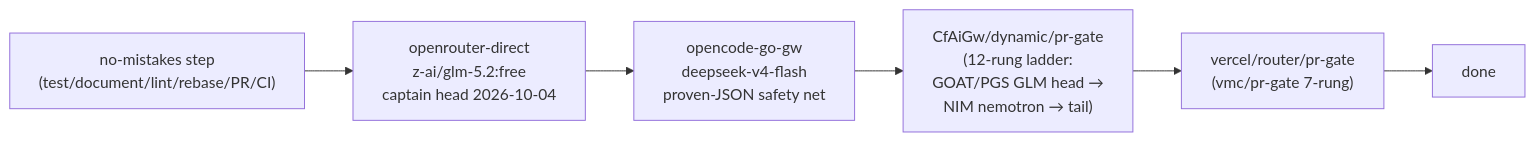
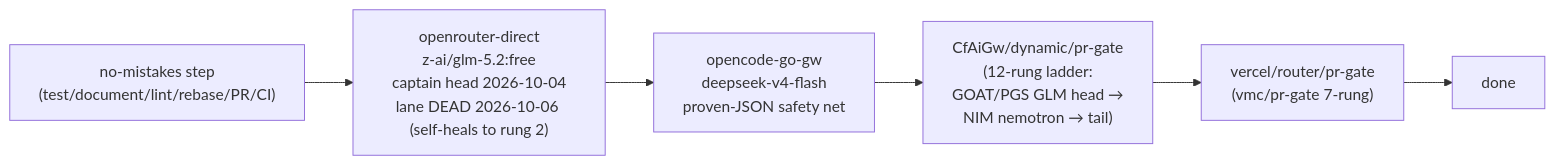
One commit to phillias/dotfiles changed the first of 3 diagrams in dot_agents/skills/provider-catalog/references/d1/NO_MISTAKES_MODELS.md. Above: the diagram before and after it, drawn with Mermaid. The commit also changed other lines of this file and 3 other files, not shown here.

First line of the commit message:
fix(routing): openrouter z-ai/glm-5.2:free lane died upstream — pull dead head

````diff
--- a/dot_agents/skills/provider-catalog/references/d1/NO_MISTAKES_MODELS.md
+++ b/dot_agents/skills/provider-catalog/references/d1/NO_MISTAKES_MODELS.md
@@ -35,4 +35,4 @@
 ```mermaid
 flowchart LR
-    step["no-mistakes step<br/>(test/document/lint/rebase/PR/CI)"] --> c1["openrouter-direct<br/>z-ai/glm-5.2:free<br/>captain head 2026-10-04"] --> c2["opencode-go-gw<br/>deepseek-v4-flash<br/>proven-JSON safety net"] --> c3["CfAiGw/dynamic/pr-gate<br/>(12-rung ladder:<br/>GOAT/PGS GLM head →<br/>NIM nemotron → tail)"] --> c4["vercel/router/pr-gate<br/>(vmc/pr-gate 7-rung)"] --> done[done]
+    step["no-mistakes step<br/>(test/document/lint/rebase/PR/CI)"] --> c1["openrouter-direct<br/>z-ai/glm-5.2:free<br/>captain head 2026-10-04<br/>lane DEAD 2026-10-06 (self-heals to rung 2)"] --> c2["opencode-go-gw<br/>deepseek-v4-flash<br/>proven-JSON safety net"] --> c3["CfAiGw/dynamic/pr-gate<br/>(12-rung ladder:<br/>GOAT/PGS GLM head →<br/>NIM nemotron → tail)"] --> c4["vercel/router/pr-gate<br/>(vmc/pr-gate 7-rung)"] --> done[done]
 ```
````
